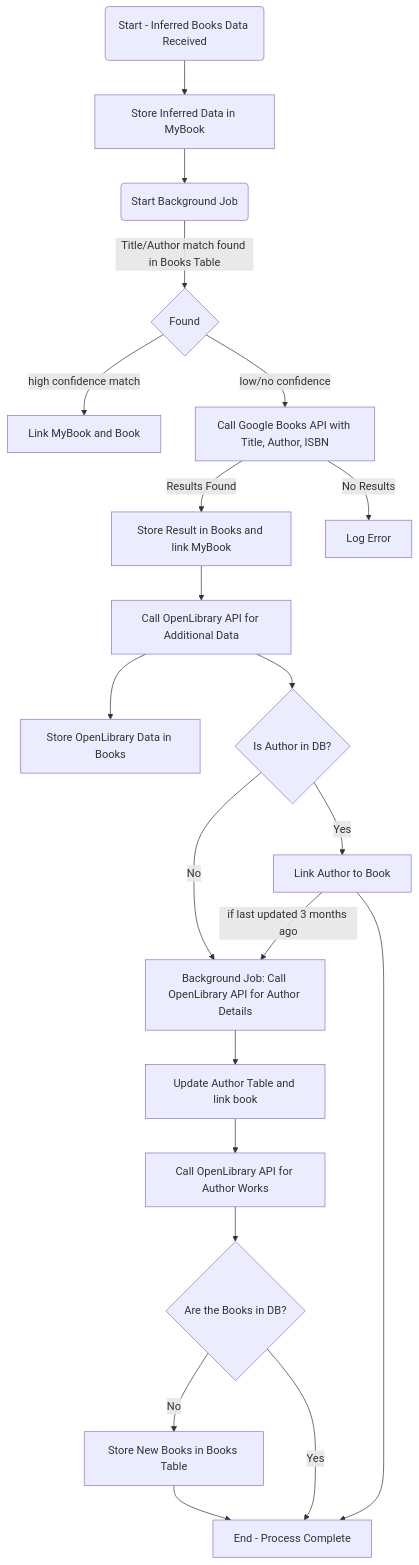
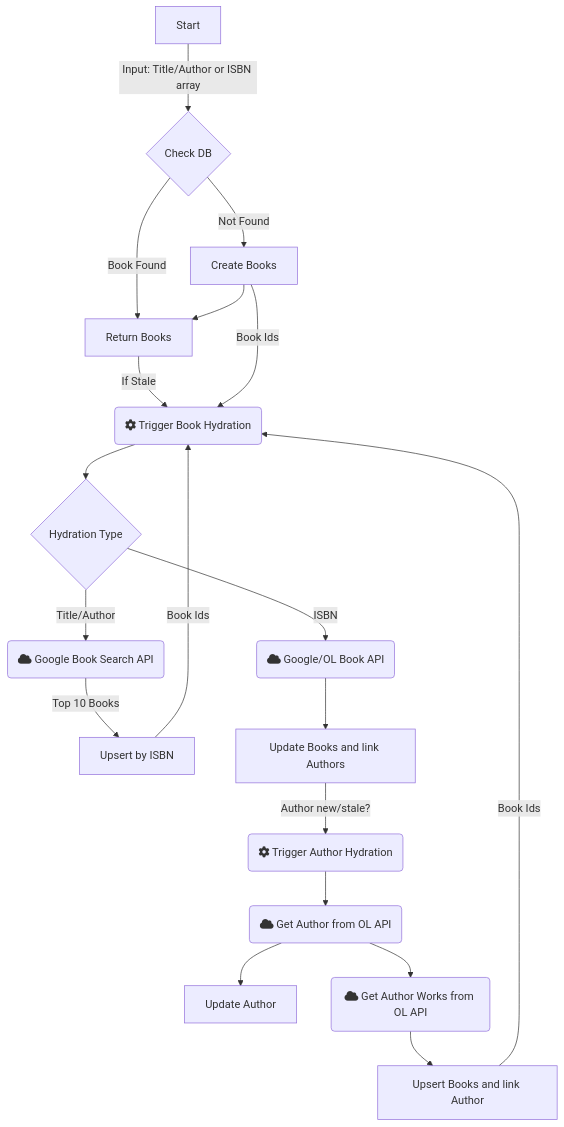
The diagram in docs/adrs/0001-book-inference.md (shawnmclean/sovoli), drawn with Mermaid before and after one commit. The commit also changed other lines of this file, not shown here.

````diff
--- a/docs/adrs/0001-book-inference.md
+++ b/docs/adrs/0001-book-inference.md
@@ -149,35 +183,27 @@
 ```mermaid
 flowchart TD
-    A(Start - Inferred Books Data Received) --> B[Store Inferred Data in MyBook]
+    A[Start] --> |Input: Title/Author or ISBN array|B{Check DB}
+    B --> |Book Found|C[Return Books]
+    C --> |If Stale|I
 
-    B --> C(Start Background Job)
+    B --> |Not Found|D[Create Books]
+    D --> C
+    
+    D --> |Book Ids|I(fa:fa-cog Trigger Book Hydration)
 
-    C --> |Title/Author match found in Books Table|D{Found}
+    I --> J{Hydration Type}
+    J --> |Title/Author|L(fa:fa-cloud Google Book Search API)
+    L --> |Top 10 Books|M[Upsert by ISBN]
+    M --> |Book Ids|I
 
-    D --> |high confidence match| E[Link MyBook and Book]
-    D --> |low/no confidence| G[Call Google Books API with Title, Author, ISBN]
-    
-    G --> |Results Found| H[Store Result in Books and link MyBook]
-    G --> |No Results| J[Log Error]
-    
-    H --> I[Call OpenLibrary API for Additional Data]
-    
-    I --> K[Store OpenLibrary Data in Books]
-    I --> L{Is Author in DB?}
-    
-    L -->|No| M[Background Job: Call OpenLibrary API for Author Details]
-    L -->|Yes| N[Link Author to Book]
+    J --> |ISBN|K(fa:fa-cloud Google/OL Book API)
+    K --> O[Update Books and link Authors]
 
-    N --> |if last updated 3 months ago|M
+    O --> |Author new/stale?|P(fa:fa-cog Trigger Author Hydration)
+    P --> Q(fa:fa-cloud Get Author from OL API)
+    Q --> R[Update Author]
 
-    M --> O[Update Author Table and link book]
-    O --> P[Call OpenLibrary API for Author Works]
-    
-    P --> Q{Are the Books in DB?}
-    Q -->|No| R[Store New Books in Books Table]
-    Q -->|Yes| Z[End - Process Complete]
-
-    N --> Z[End - Process Complete]
-    R --> Z[End - Process Complete]
-
+    Q --> S(fa:fa-cloud Get Author Works from OL API)
+    S --> T[Upsert Books and link Author]
+    T --> |Book Ids|I
 ```
````
